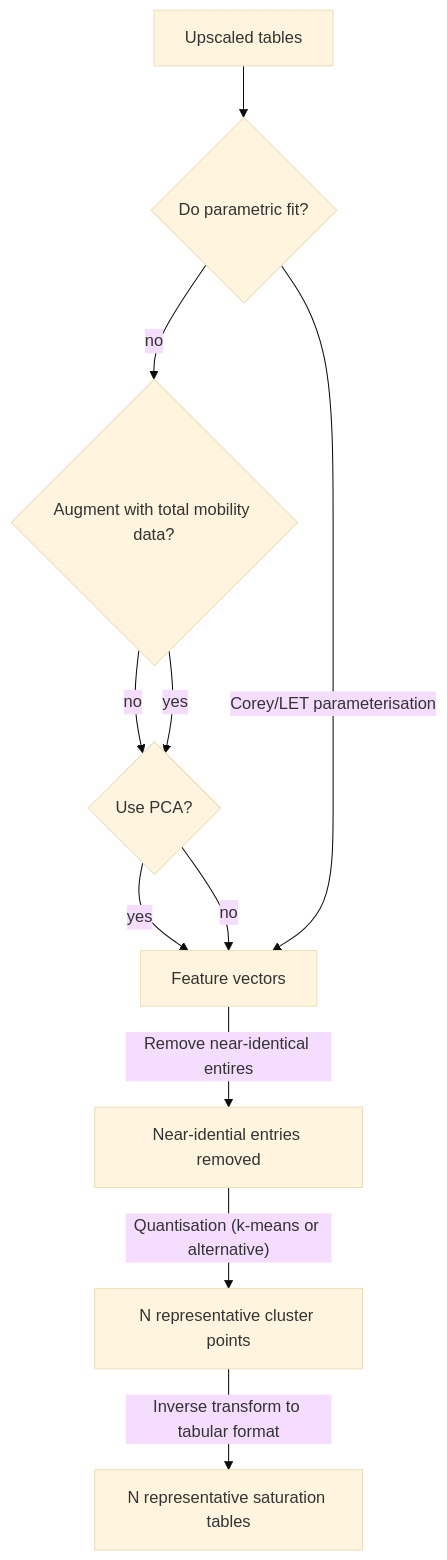
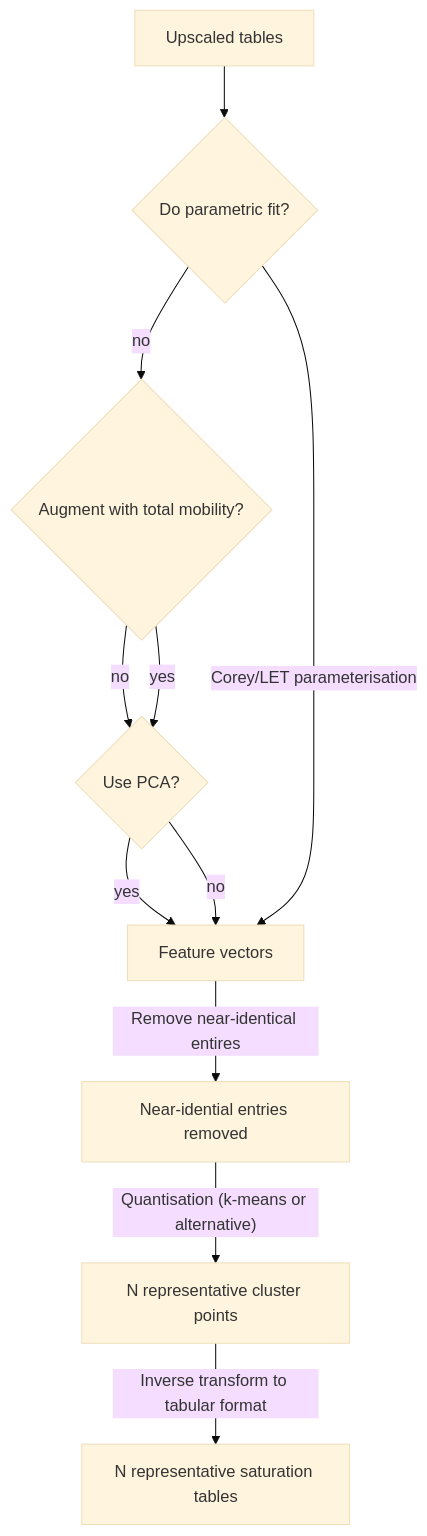
One commit to ImperialCollegeLondon/StrataTrapper changed the first of 2 diagrams in src/compress/README.md. Above: the diagram before and after it, drawn with Mermaid (base theme).

````diff
--- a/src/compress/README.md
+++ b/src/compress/README.md
@@ -35,23 +35,23 @@
 ```mermaid
 flowchart TD
 upsc[Upscaled tables]
 do_param_fit{Do parametric fit?}
-embed{Augment with total mobility data?}
+embed{Augment with total mobility?}
 clean[Near-idential entries removed]
 red{Use PCA?}
 latent[Feature vectors]
 repr[N representative cluster points]
 tabs[N representative saturation tables]
 
 upsc --> do_param_fit
 do_param_fit -- no --> embed
 embed -- no --> red
 embed -- yes --> red
 red -- yes --> latent
 red -- no --> latent
 do_param_fit-- Corey/LET parameterisation --> latent
 latent -- Remove near-identical entires --> clean
 clean -- "Quantisation (k-means or alternative)" --> repr
 repr -- "Inverse transform to tabular format" --> tabs
 
 ```
````
